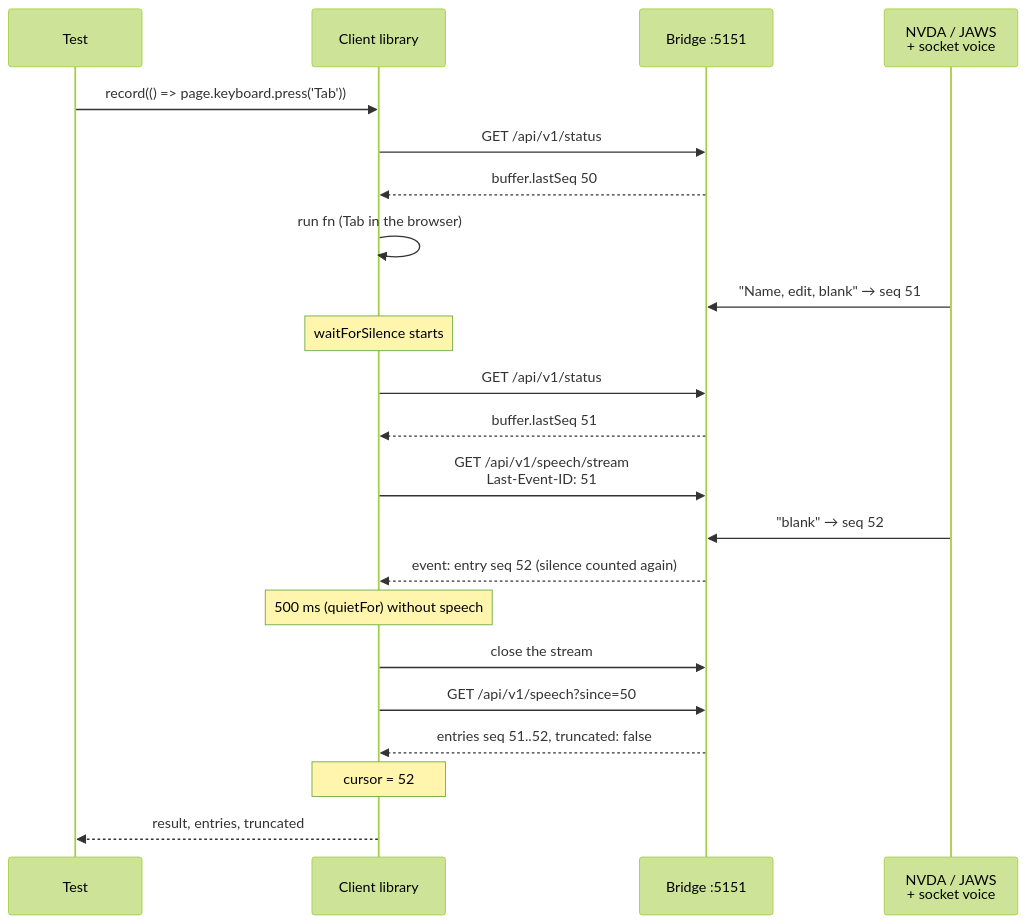
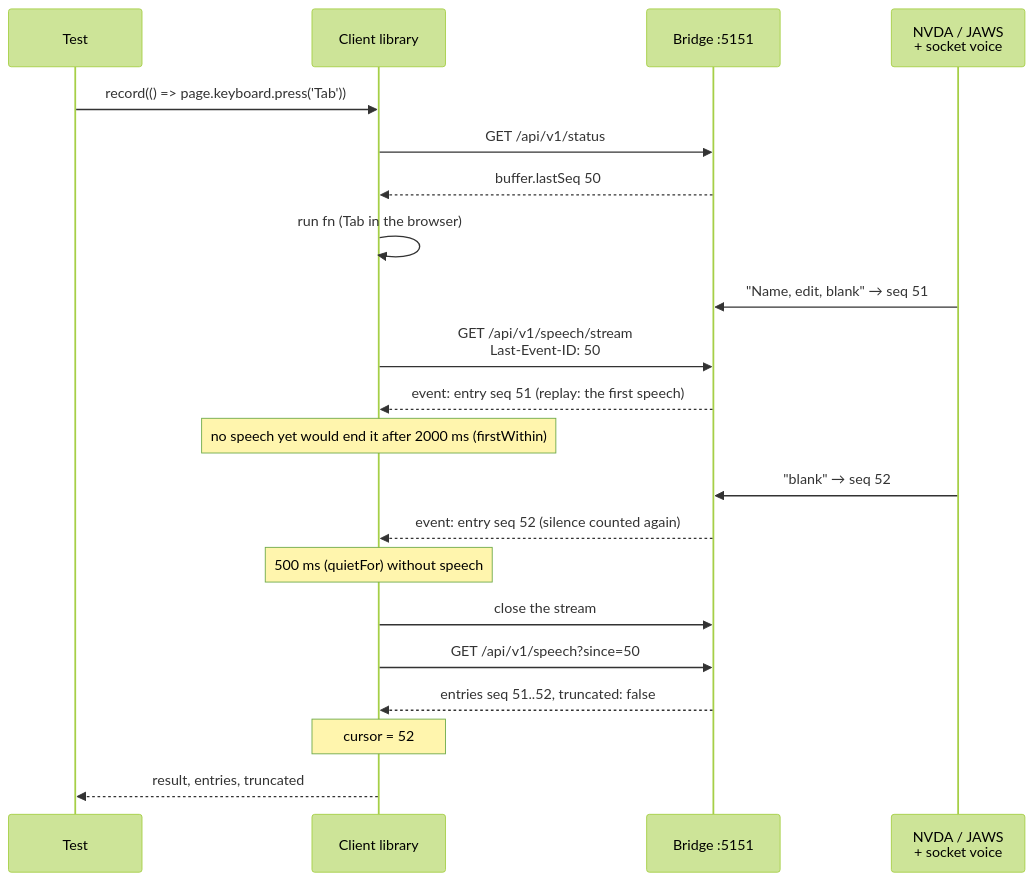
The ninth of 9 diagrams in docs/usage/flows/sse.md (TimoSto/screenreader-speech-capture), drawn with Mermaid (forest theme) before and after one commit. The commit also changed other lines of this file and 12 other files, not shown here.

First line of the commit message:
feat(client): keep the speech of a timed-out capture and wait for the first speech (#215)

````diff
--- a/docs/usage/flows/sse.md
+++ b/docs/usage/flows/sse.md
@@ -209,25 +210,24 @@
 ```mermaid
 sequenceDiagram
     participant T as Test
     participant C as Client library
     participant B as Bridge :5151
     participant SR as NVDA / JAWS<br/>+ socket voice
 
     T->>C: record(() => page.keyboard.press('Tab'))
     C->>B: GET /api/v1/status
     B-->>C: buffer.lastSeq 50
     C->>C: run fn (Tab in the browser)
     SR->>B: "Name, edit, blank" → seq 51
-    Note over C: waitForSilence starts
-    C->>B: GET /api/v1/status
-    B-->>C: buffer.lastSeq 51
-    C->>B: GET /api/v1/speech/stream<br/>Last-Event-ID: 51
+    C->>B: GET /api/v1/speech/stream<br/>Last-Event-ID: 50
+    B-->>C: event: entry seq 51 (replay: the first speech)
+    Note over C: no speech yet would end it after 2000 ms (firstWithin)
     SR->>B: "blank" → seq 52
     B-->>C: event: entry seq 52 (silence counted again)
     Note over C: 500 ms (quietFor) without speech
     C->>B: close the stream
     C->>B: GET /api/v1/speech?since=50
     B-->>C: entries seq 51..52, truncated: false
     Note over C: cursor = 52
     C-->>T: result, entries, truncated
 ```
````
